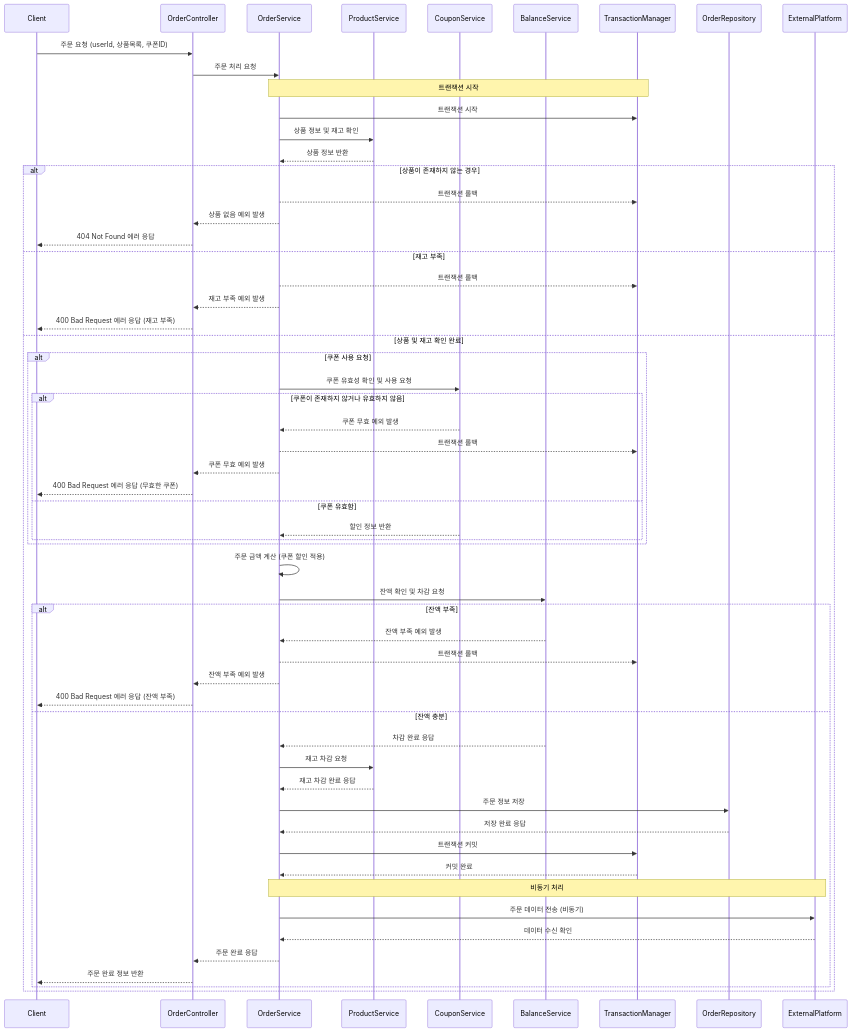
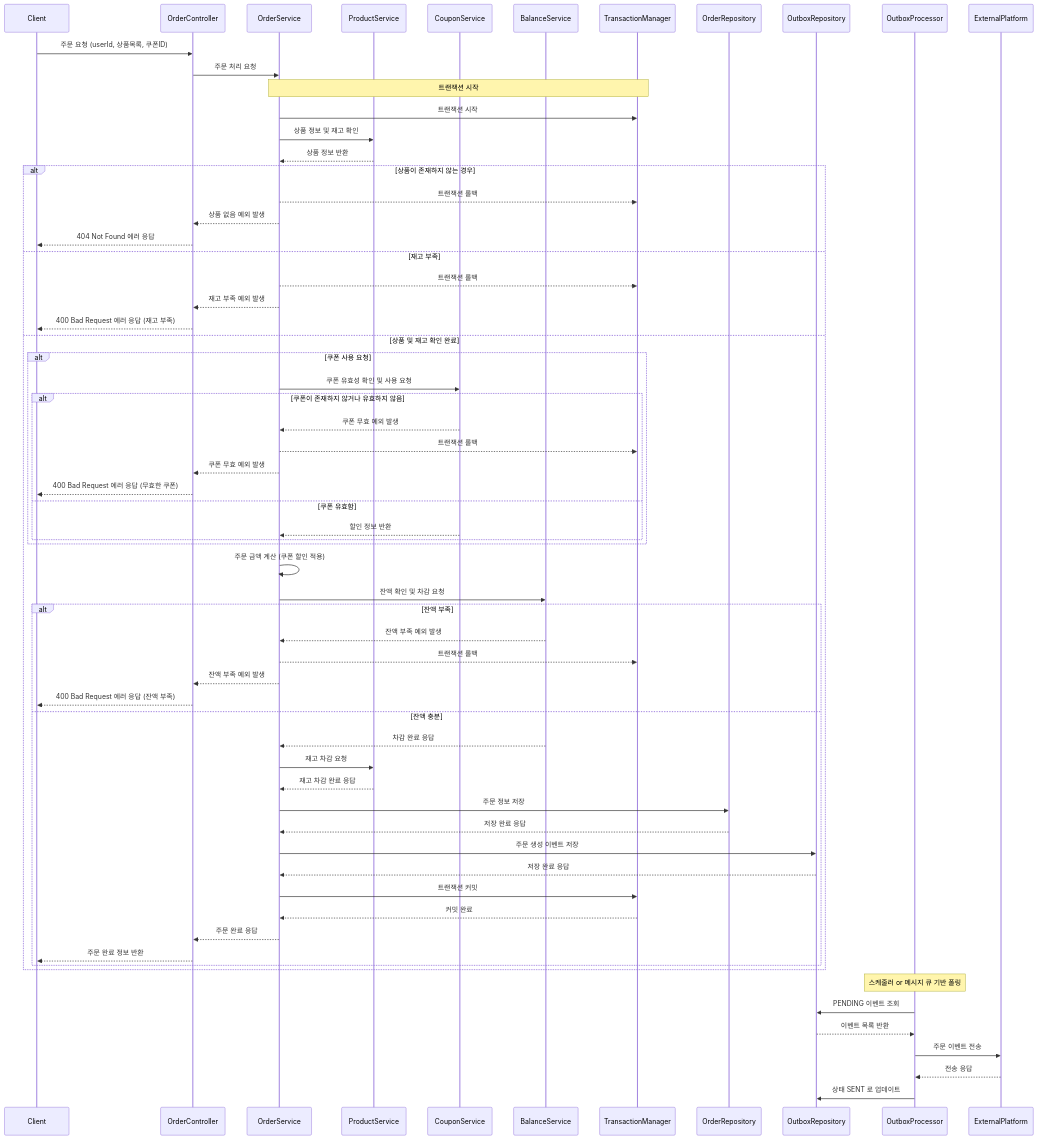
Before and after one commit to thedev-junyoung/hanghae-plus-2wd: the diagram in docs/sequence-diagram/주문&결제.md, drawn with Mermaid. The commit also changed 3 other files, not shown here.

````diff
--- a/docs/sequence-diagram/주문&결제.md
+++ b/docs/sequence-diagram/주문&결제.md
@@ -8,6 +8,8 @@
     participant BalanceService
     participant TransactionManager
     participant OrderRepository
+    participant OutboxRepository
+    participant OutboxProcessor
     participant ExternalPlatform
 
     Client->>OrderController: 주문 요청 (userId, 상품목록, 쿠폰ID)
@@ -15,11 +17,11 @@
     
     Note over OrderService,TransactionManager: 트랜잭션 시작
     OrderService->>TransactionManager: 트랜잭션 시작
-    
+
     %% 상품 정보 및 재고 확인
     OrderService->>ProductService: 상품 정보 및 재고 확인
     ProductService-->>OrderService: 상품 정보 반환
-    
+
     alt 상품이 존재하지 않는 경우
         OrderService-->>TransactionManager: 트랜잭션 롤백
         OrderService-->>OrderController: 상품 없음 예외 발생
@@ -32,7 +34,7 @@
         %% 쿠폰 적용 (선택적)
         alt 쿠폰 사용 요청
             OrderService->>CouponService: 쿠폰 유효성 확인 및 사용 요청
-            
+
             alt 쿠폰이 존재하지 않거나 유효하지 않음
                 CouponService-->>OrderService: 쿠폰 무효 예외 발생
                 OrderService-->>TransactionManager: 트랜잭션 롤백
@@ -42,13 +44,13 @@
                 CouponService-->>OrderService: 할인 정보 반환
             end
         end
-        
+
         %% 주문 금액 계산
         OrderService->>OrderService: 주문 금액 계산 (쿠폰 할인 적용)
-        
+
         %% 잔액 확인 및 차감
         OrderService->>BalanceService: 잔액 확인 및 차감 요청
-        
+
         alt 잔액 부족
             BalanceService-->>OrderService: 잔액 부족 예외 발생
             OrderService-->>TransactionManager: 트랜잭션 롤백
@@ -56,26 +58,34 @@
             OrderController-->>Client: 400 Bad Request 에러 응답 (잔액 부족)
         else 잔액 충분
             BalanceService-->>OrderService: 차감 완료 응답
-            
+
             %% 재고 차감
             OrderService->>ProductService: 재고 차감 요청
             ProductService-->>OrderService: 재고 차감 완료 응답
-            
+
             %% 주문 정보 저장
             OrderService->>OrderRepository: 주문 정보 저장
             OrderRepository-->>OrderService: 저장 완료 응답
-            
+
+            %% Outbox 이벤트 저장
+            OrderService->>OutboxRepository: 주문 생성 이벤트 저장
+            OutboxRepository-->>OrderService: 저장 완료 응답
+
             %% 트랜잭션 커밋
             OrderService->>TransactionManager: 트랜잭션 커밋
             TransactionManager-->>OrderService: 커밋 완료
-            
-            %% 비동기 데이터 플랫폼 전송
-            Note over OrderService,ExternalPlatform: 비동기 처리
-            OrderService->>ExternalPlatform: 주문 데이터 전송 (비동기)
-            ExternalPlatform-->>OrderService: 데이터 수신 확인
-            
+
             OrderService-->>OrderController: 주문 완료 응답
             OrderController-->>Client: 주문 완료 정보 반환
         end
     end
+
+    %% 비동기 이벤트 처리 (Outbox Processor 별도 스레드/모듈에서 수행)
+    Note over OutboxProcessor: 스케줄러 or 메시지 큐 기반 폴링
+    OutboxProcessor->>OutboxRepository: PENDING 이벤트 조회
+    OutboxRepository-->>OutboxProcessor: 이벤트 목록 반환
+    OutboxProcessor->>ExternalPlatform: 주문 이벤트 전송
+    ExternalPlatform-->>OutboxProcessor: 전송 응답
+    OutboxProcessor->>OutboxRepository: 상태 SENT 로 업데이트
+
 ```
````
